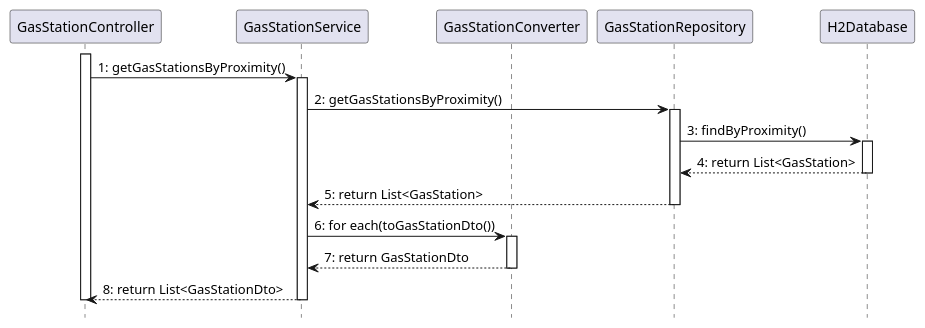
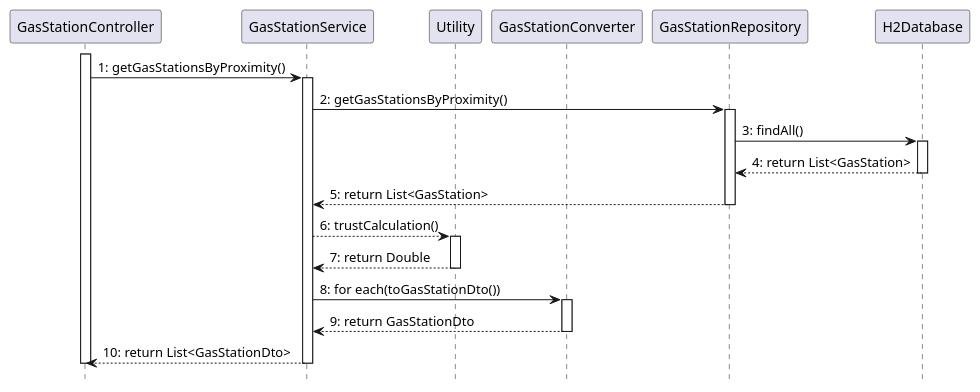
Before and after one commit to SE2-group4/SE1-project: diagram 12 of 14 in docs/DesignDocument.md, drawn with PlantUML. The commit also changed other lines of this file, not shown here.

````diff
--- a/docs/DesignDocument.md
+++ b/docs/DesignDocument.md
@@ -747,38 +741,45 @@
 ```plantuml
 @startuml
 hide footbox
 skinparam shadowing false
 
 participant GasStationController as GC
 participant GasStationService as GS
+participant Utility as U
 participant GasStationConverter as GCV
 participant GasStationRepository as GR
 participant H2Database as H2
 
 activate GC
 GC -> GS: 1: getGasStationsByProximity()
 activate GS
 
 
 GS -> GR: 2: getGasStationsByProximity()
 activate GR
 
-GR -> H2: 3: findByProximity()
+GR -> H2: 3: findAll()
 
 activate H2
 H2 --> GR: 4: return List<GasStation>
 deactivate H2
 
 GR --> GS: 5: return List<GasStation>
 deactivate GR
 
-GS -> GCV: 6: for each(toGasStationDto())
+GS --> U: 6: trustCalculation()
+activate U
+
+U --> GS: 7: return Double
+deactivate U
+
+GS -> GCV: 8: for each(toGasStationDto())
 activate GCV
-GCV --> GS: 7: return GasStationDto
+GCV --> GS: 9: return GasStationDto
 deactivate GCV
 
-GS --> GC: 8: return List<GasStationDto>
+GS --> GC: 10: return List<GasStationDto>
 deactivate GS
 deactivate GC
 @enduml
 ```
````
